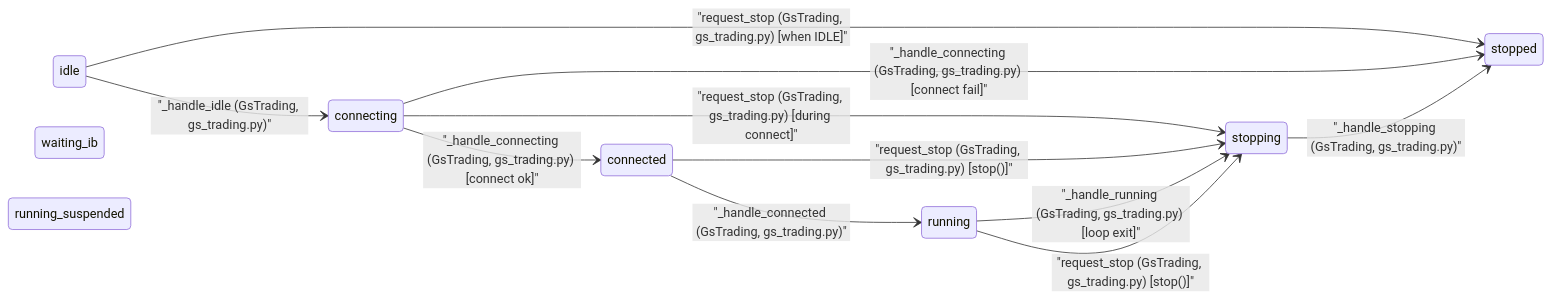
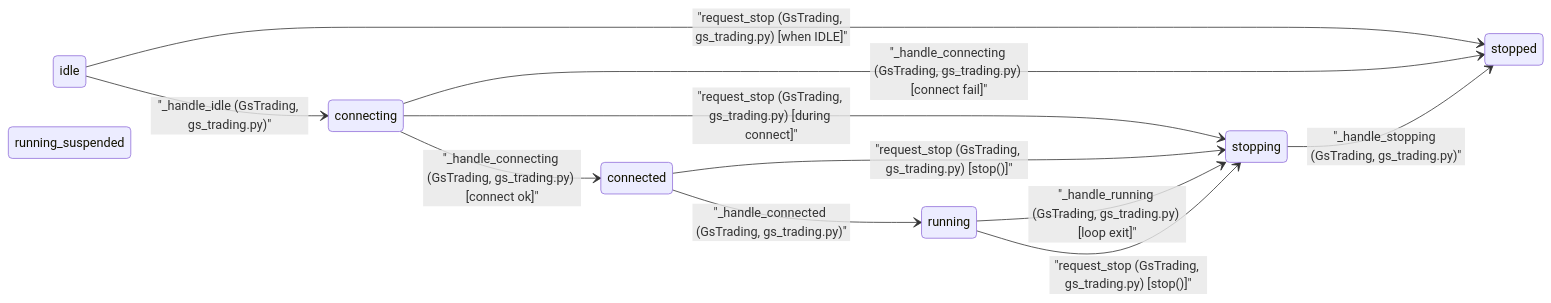
The diagram in docs/fsm/daemon.md (weitingzhao/bifrost-trader-engine), drawn with Mermaid before and after one commit. The commit also changed 67 other files, not shown here.

````diff
--- a/docs/fsm/daemon.md
+++ b/docs/fsm/daemon.md
@@ -10,24 +10,23 @@
 ```mermaid
 stateDiagram-v2
     direction LR
 
     idle
     connecting
-    waiting_ib
     connected
     running
     running_suspended
     stopping
     stopped
 
     idle --> connecting : "_handle_idle (GsTrading, gs_trading.py)"
     idle --> stopped : "request_stop (GsTrading, gs_trading.py) [when IDLE]"
     connecting --> connected : "_handle_connecting (GsTrading, gs_trading.py) [connect ok]"
     connecting --> stopped : "_handle_connecting (GsTrading, gs_trading.py) [connect fail]"
     connecting --> stopping : "request_stop (GsTrading, gs_trading.py) [during connect]"
     connected --> running : "_handle_connected (GsTrading, gs_trading.py)"
     connected --> stopping : "request_stop (GsTrading, gs_trading.py) [stop()]"
     running --> stopping : "_handle_running (GsTrading, gs_trading.py) [loop exit]"
     running --> stopping : "request_stop (GsTrading, gs_trading.py) [stop()]"
     stopping --> stopped : "_handle_stopping (GsTrading, gs_trading.py)"
 ```
````
